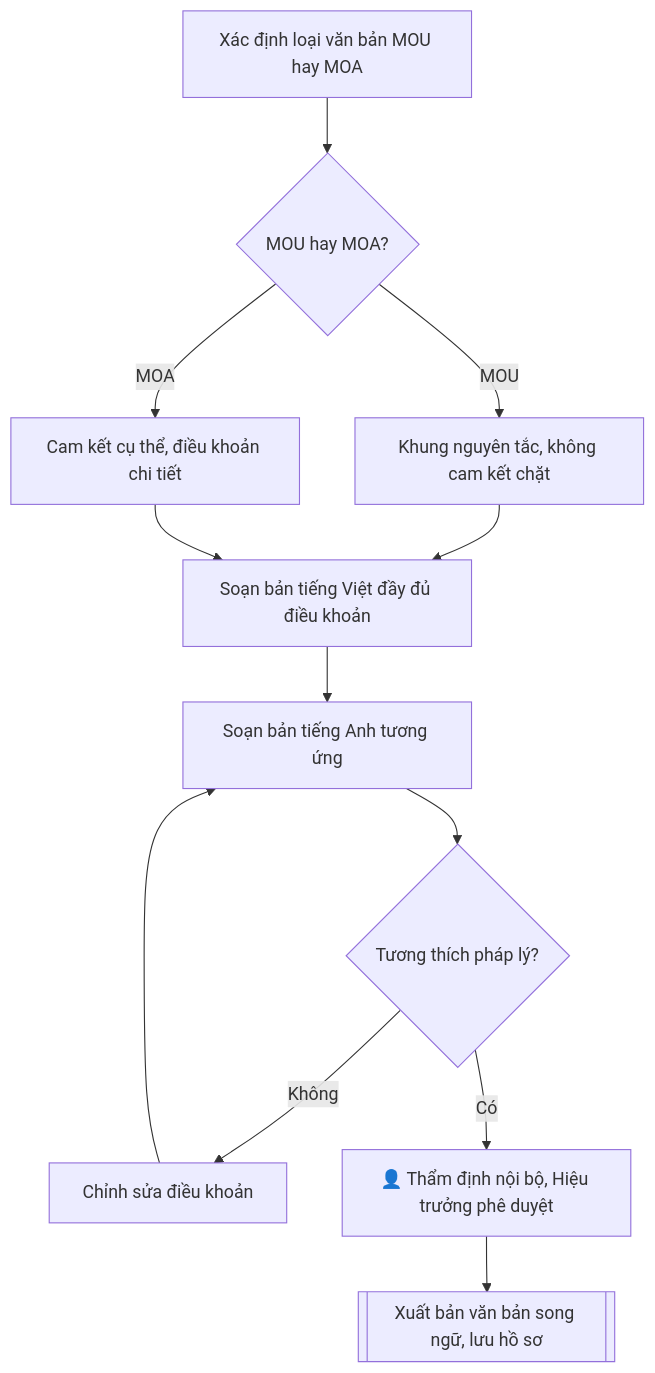
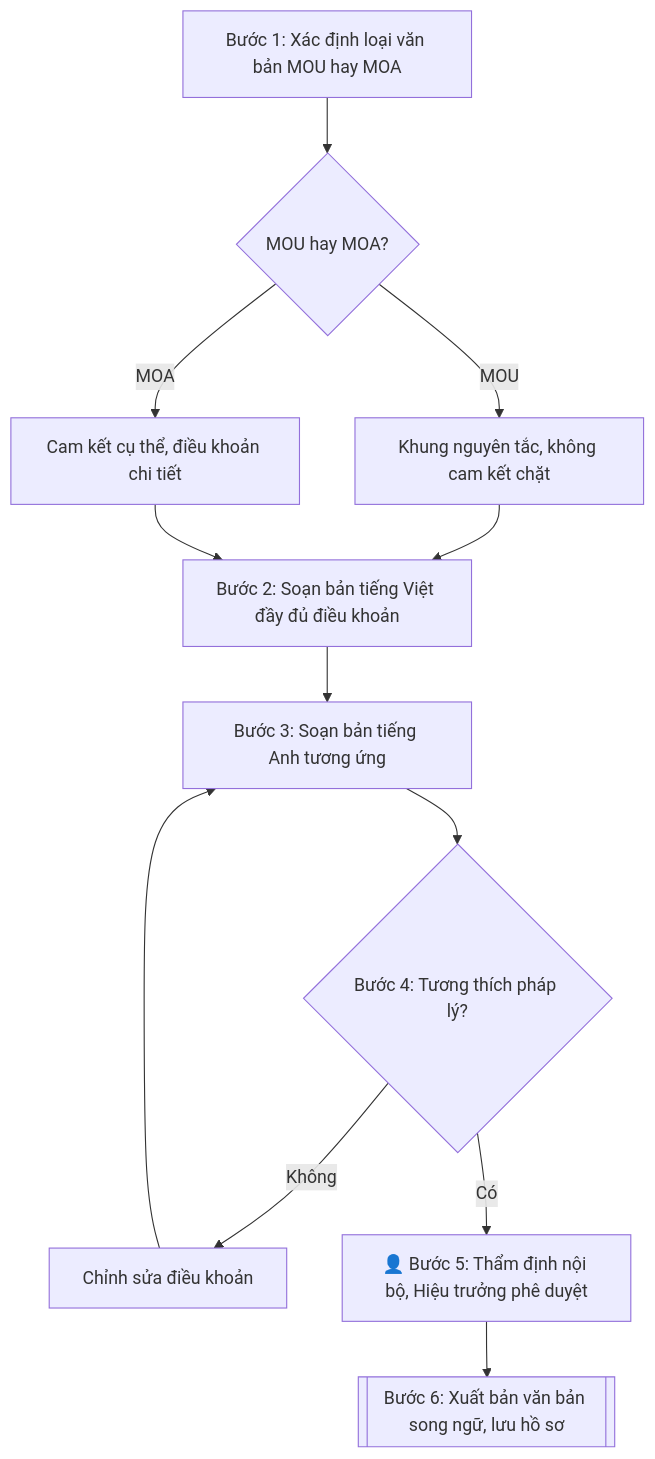
The diagram in skills/soan-mou-moa/SKILL.md (phamtruong91/dh-skills), drawn with Mermaid before and after one commit. The commit also changed other lines of this file and 30 other files, not shown here.

````diff
--- a/skills/soan-mou-moa/SKILL.md
+++ b/skills/soan-mou-moa/SKILL.md
@@ -88,14 +88,14 @@
 ```mermaid
 flowchart TD
-    A["Xác định loại văn bản MOU hay MOA"] --> B{"MOU hay MOA?"}
+    A["Bước 1: Xác định loại văn bản MOU hay MOA"] --> B{"MOU hay MOA?"}
     B -->|MOU| C["Khung nguyên tắc, không cam kết chặt"]
     B -->|MOA| D["Cam kết cụ thể, điều khoản chi tiết"]
-    C --> E["Soạn bản tiếng Việt đầy đủ điều khoản"]
+    C --> E["Bước 2: Soạn bản tiếng Việt đầy đủ điều khoản"]
     D --> E
-    E --> F["Soạn bản tiếng Anh tương ứng"]
-    F --> G{"Tương thích pháp lý?"}
+    E --> F["Bước 3: Soạn bản tiếng Anh tương ứng"]
+    F --> G{"Bước 4: Tương thích pháp lý?"}
     G -->|Không| H["Chỉnh sửa điều khoản"]
     H --> F
-    G -->|Có| HG["👤 Thẩm định nội bộ, Hiệu trưởng phê duyệt"]
-    HG --> Z[["Xuất bản văn bản song ngữ, lưu hồ sơ"]]
+    G -->|Có| HG["👤 Bước 5: Thẩm định nội bộ, Hiệu trưởng phê duyệt"]
+    HG --> Z[["Bước 6: Xuất bản văn bản song ngữ, lưu hồ sơ"]]
 ```
````
